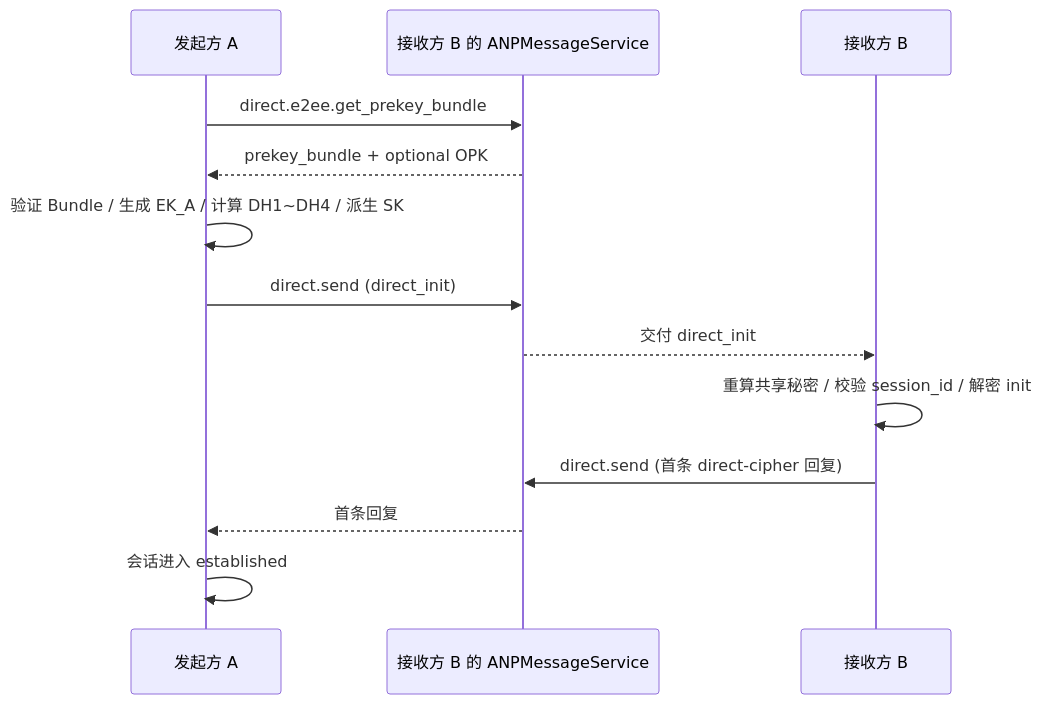
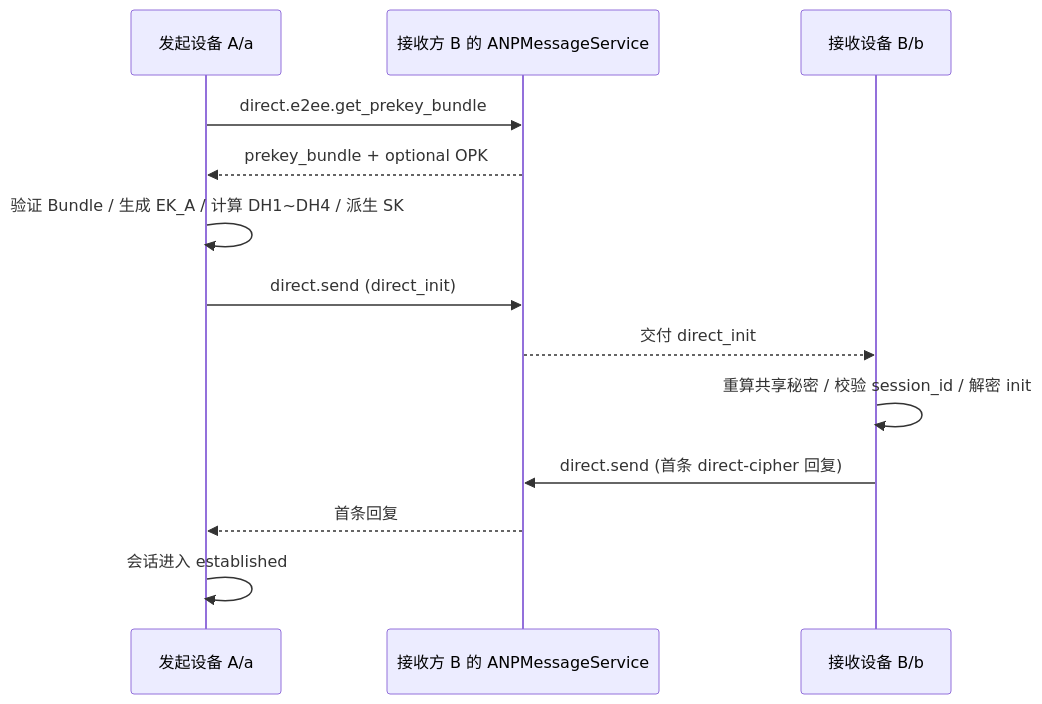
One commit to NeatNerdPrime/AgentNetworkProtocol changed the second of 4 diagrams in chinese/message/vnext/05-私聊端到端加密.md. Above: the diagram before and after it, drawn with Mermaid. The commit also changed other lines of this file and 31 other files, not shown here.

````diff
--- a/chinese/message/vnext/05-私聊端到端加密.md
+++ b/chinese/message/vnext/05-私聊端到端加密.md
@@ -693,16 +751,16 @@
 ```mermaid
 sequenceDiagram
-participant A as 发起方 A
+participant A as 发起设备 A/a
 participant BS as 接收方 B 的 ANPMessageService
-participant B as 接收方 B
+participant B as 接收设备 B/b
 
 A->>BS: direct.e2ee.get_prekey_bundle
 BS-->>A: prekey_bundle + optional OPK
 A->>A: 验证 Bundle / 生成 EK_A / 计算 DH1~DH4 / 派生 SK
 A->>BS: direct.send (direct_init)
 BS-->>B: 交付 direct_init
 B->>B: 重算共享秘密 / 校验 session_id / 解密 init
 B->>BS: direct.send (首条 direct-cipher 回复)
 BS-->>A: 首条回复
 A->>A: 会话进入 established
 ```
````
